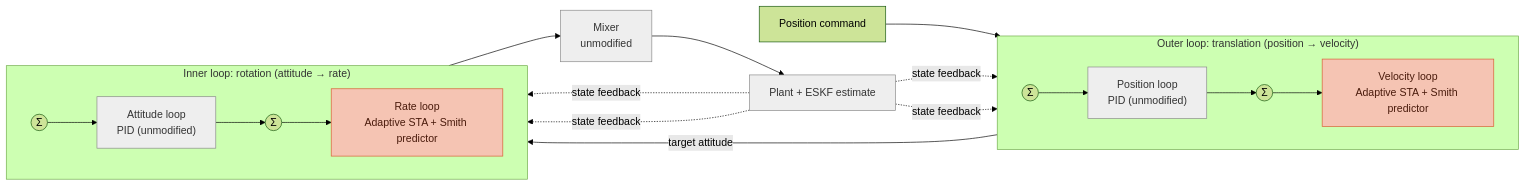
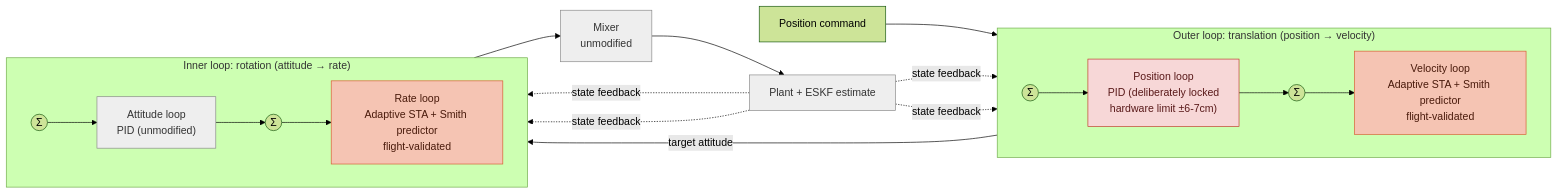
The second of 2 diagrams in README.md (ourashel/stampfly_ecosystem), drawn with Mermaid (forest theme) before and after one commit. The commit also changed other lines of this file, not shown here.

First line of the commit message:
docs(README): revise control-structure proposal with lock rationale + flight validation

````diff
--- a/README.md
+++ b/README.md
@@ -184,28 +225,30 @@
 ```mermaid
 flowchart LR
     CMD["Position command"] --> SUM1((Σ))
     subgraph OUTER["Outer loop: translation (position → velocity)"]
         direction LR
-        SUM1 --> POS["Position loop<br/>PID (unmodified)"]
+        SUM1 --> POS["Position loop<br/>PID (deliberately locked<br/>hardware limit ±6-7cm)"]
         POS --> SUM2((Σ))
-        SUM2 --> VEL["Velocity loop<br/>Adaptive STA + Smith predictor"]
+        SUM2 --> VEL["Velocity loop<br/>Adaptive STA + Smith predictor<br/>flight-validated"]
     end
     VEL -->|target attitude| SUM3((Σ))
     subgraph INNER["Inner loop: rotation (attitude → rate)"]
         direction LR
         SUM3 --> ATT["Attitude loop<br/>PID (unmodified)"]
         ATT --> SUM4((Σ))
-        SUM4 --> RATE["Rate loop<br/>Adaptive STA + Smith predictor"]
+        SUM4 --> RATE["Rate loop<br/>Adaptive STA + Smith predictor<br/>flight-validated"]
     end
     RATE --> MIX["Mixer<br/>unmodified"]
     MIX --> PLANT["Plant + ESKF estimate"]
     PLANT -. state feedback .-> SUM1
     PLANT -. state feedback .-> SUM2
     PLANT -. state feedback .-> SUM3
     PLANT -. state feedback .-> SUM4
 
     classDef pid fill:#eee,stroke:#888,color:#333
+    classDef locked fill:#f7d7d7,stroke:#c0392b,color:#5a1a1a
     classDef sta fill:#f5c4b3,stroke:#d85a30,color:#4a1b0c
-    class POS,ATT,MIX,PLANT pid
+    class ATT,MIX,PLANT pid
+    class POS locked
     class VEL,RATE sta
 ```
````
